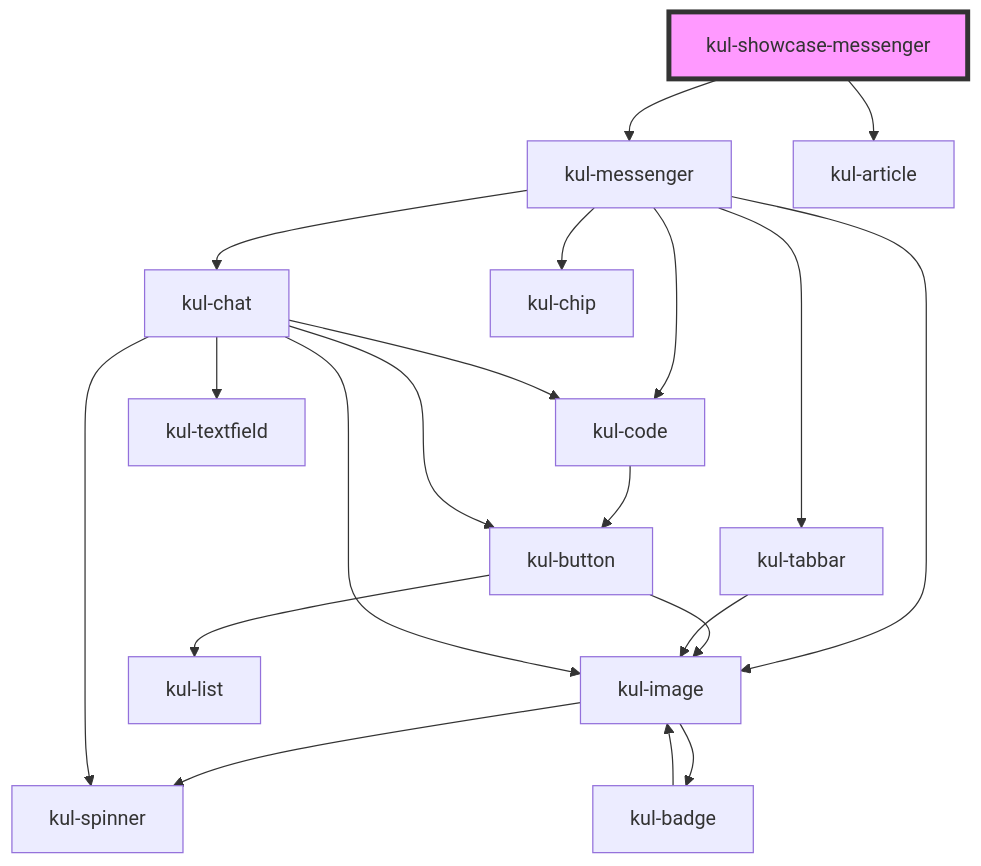
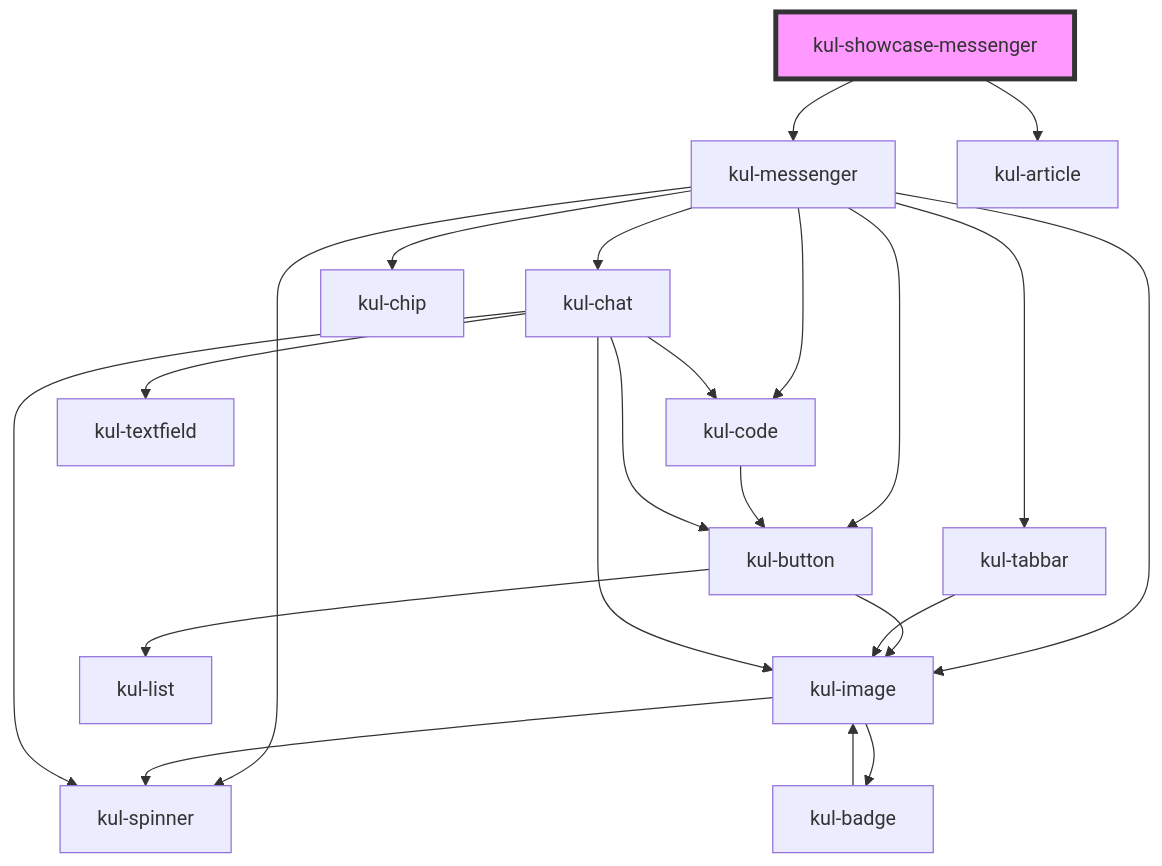
Before and after one commit to lucafoscili/ketchup-lite: the diagram in packages/ketchup-lite/src/components/kul-showcase/layout/messenger/readme.md, drawn with Mermaid. The commit also changed 5 other files, not shown here.

````diff
--- a/packages/ketchup-lite/src/components/kul-showcase/layout/messenger/readme.md
+++ b/packages/ketchup-lite/src/components/kul-showcase/layout/messenger/readme.md
@@ -27,23 +27,25 @@
 ```mermaid
 graph TD;
   kul-showcase-messenger --> kul-messenger
   kul-showcase-messenger --> kul-article
+  kul-messenger --> kul-image
+  kul-messenger --> kul-button
+  kul-messenger --> kul-spinner
   kul-messenger --> kul-code
   kul-messenger --> kul-tabbar
   kul-messenger --> kul-chat
-  kul-messenger --> kul-image
   kul-messenger --> kul-chip
-  kul-code --> kul-button
-  kul-button --> kul-image
-  kul-button --> kul-list
   kul-image --> kul-spinner
   kul-image --> kul-badge
   kul-badge --> kul-image
+  kul-button --> kul-image
+  kul-button --> kul-list
+  kul-code --> kul-button
   kul-tabbar --> kul-image
   kul-chat --> kul-button
   kul-chat --> kul-spinner
   kul-chat --> kul-image
   kul-chat --> kul-code
   kul-chat --> kul-textfield
   style kul-showcase-messenger fill:#f9f,stroke:#333,stroke-width:4px
 ```
````
